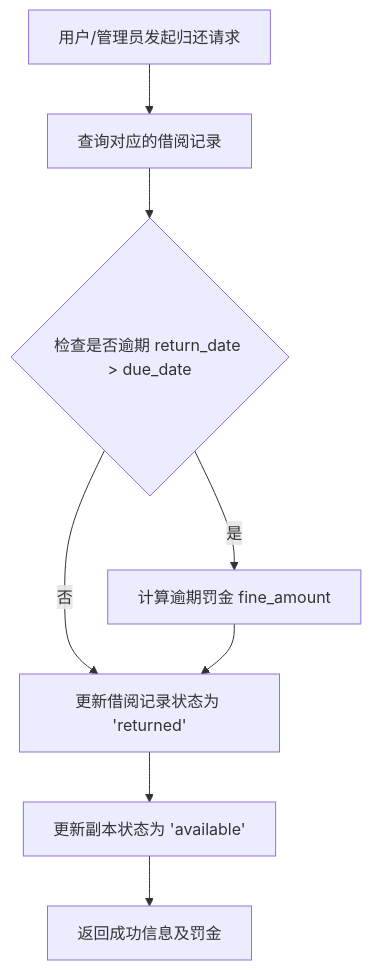
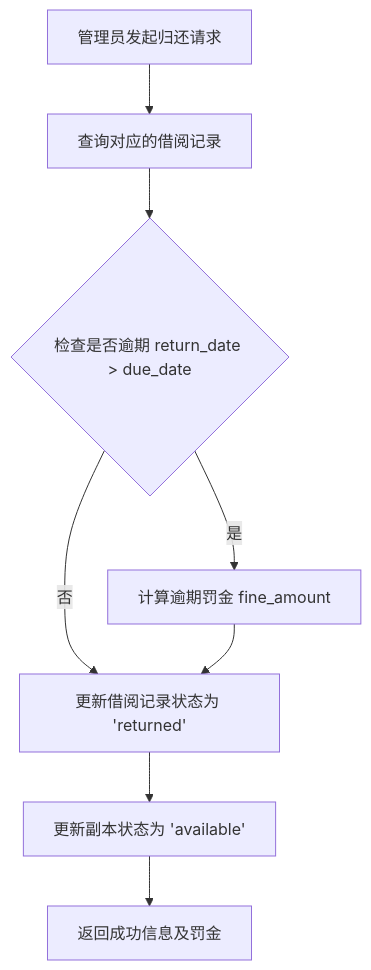
Before and after one commit to Sereinxm/book-manger: the sixth of 7 diagrams in README.md, drawn with Mermaid. The commit also changed other lines of this file and 18 other files, not shown here.

````diff
--- a/README.md
+++ b/README.md
@@ -496,10 +496,10 @@
 ```mermaid
 graph TD
-    A[用户/管理员发起归还请求] --> B[查询对应的借阅记录];
+    A[管理员发起归还请求] --> B[查询对应的借阅记录];
     B --> C{检查是否逾期 return_date > due_date};
     C -- 是 --> D[计算逾期罚金 fine_amount];
     C -- 否 --> E;
     D --> E[更新借阅记录状态为 'returned'];
     E --> F[更新副本状态为 'available'];
     F --> G[返回成功信息及罚金];
 ```
````
